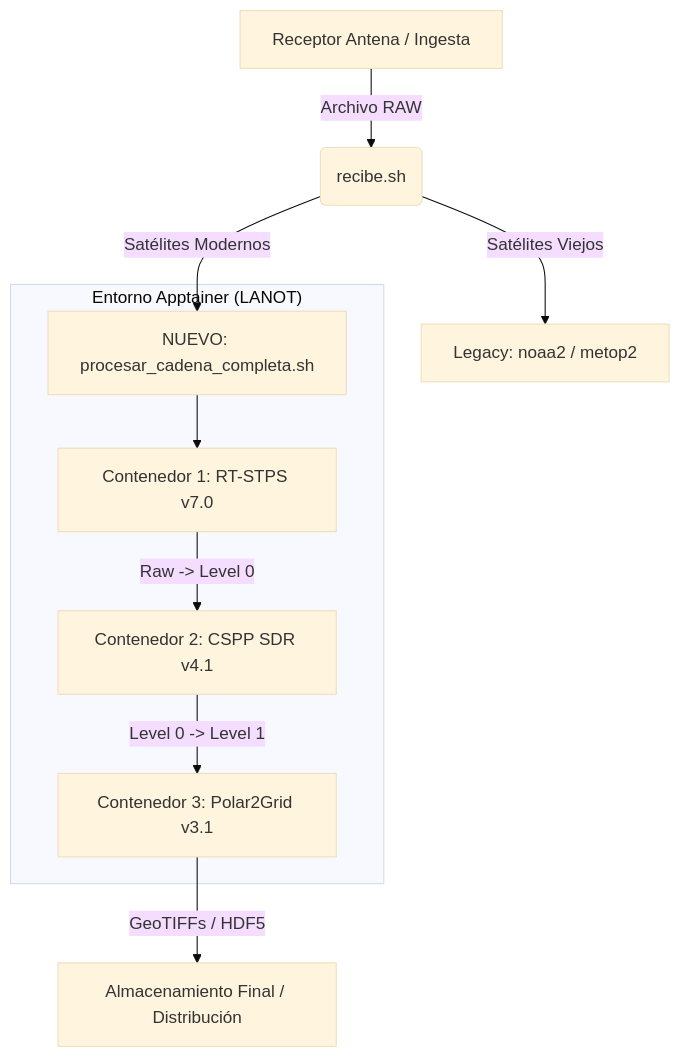
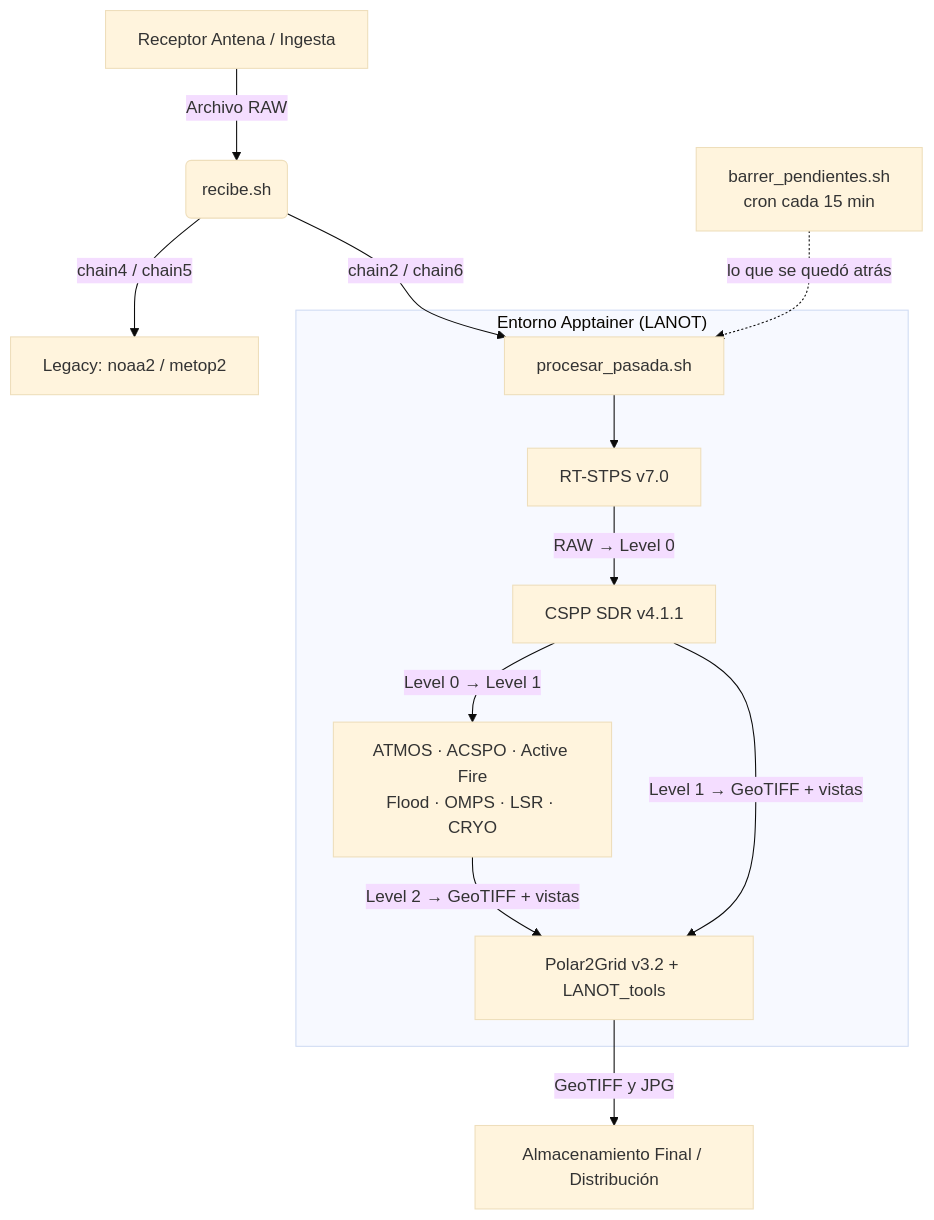
One commit to LANOT-UNAM/LANOT_procesamiento_polar changed the diagram in README.md. Above: the diagram before and after it, drawn with Mermaid (base theme). The commit also changed other lines of this file and 2 other files, not shown here.

````diff
--- a/README.md
+++ b/README.md
@@ -30,14 +31,17 @@
 ```mermaid
 graph TD
     A[Receptor Antena / Ingesta] -->|Archivo RAW| B(recibe.sh)
-    B -->|Satélites Viejos| C[Legacy: noaa2 / metop2]
-    B -->|Satélites Modernos| D[NUEVO: procesar_cadena_completa.sh]
-    
+    B -->|chain4 / chain5| C[Legacy: noaa2 / metop2]
+    B -->|chain2 / chain6| D[procesar_pasada.sh]
+    Z[barrer_pendientes.sh<br/>cron cada 15 min] -.->|lo que se quedó atrás| D
+
     subgraph "Entorno Apptainer (LANOT)"
-    D --> E[Contenedor 1: RT-STPS v7.0]
-    E -->|Raw -> Level 0| F[Contenedor 2: CSPP SDR v4.1]
-    F -->|Level 0 -> Level 1| G[Contenedor 3: Polar2Grid v3.1]
+    D --> E[RT-STPS v7.0]
+    E -->|RAW → Level 0| F[CSPP SDR v4.1.1]
+    F -->|Level 0 → Level 1| G[ATMOS · ACSPO · Active Fire<br/>Flood · OMPS · LSR · CRYO]
+    F -->|Level 1 → GeoTIFF + vistas| H[Polar2Grid v3.2 + LANOT_tools]
+    G -->|Level 2 → GeoTIFF + vistas| H
     end
-    
-    G -->|GeoTIFFs / HDF5| H[Almacenamiento Final / Distribución]
+
+    H -->|GeoTIFF y JPG| I[Almacenamiento Final / Distribución]
 ```
````
